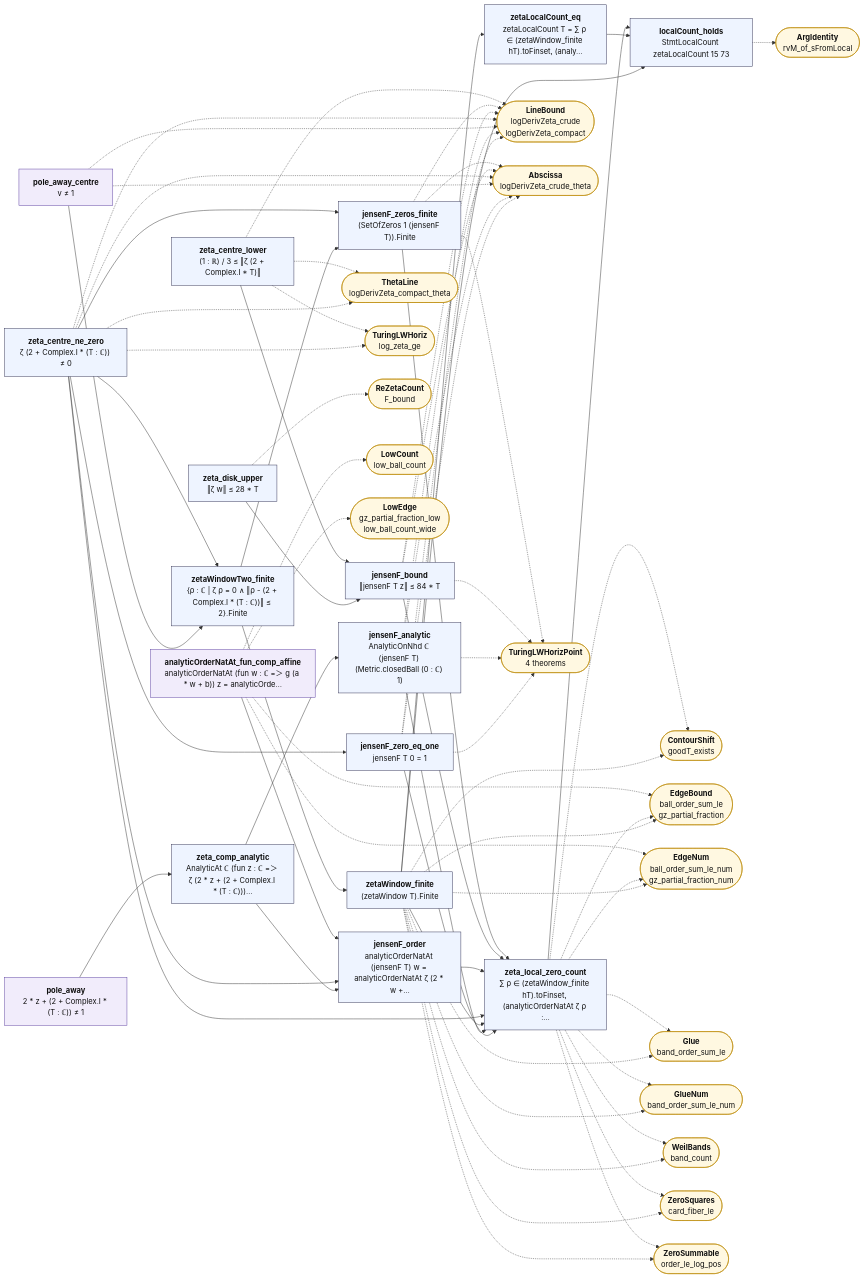
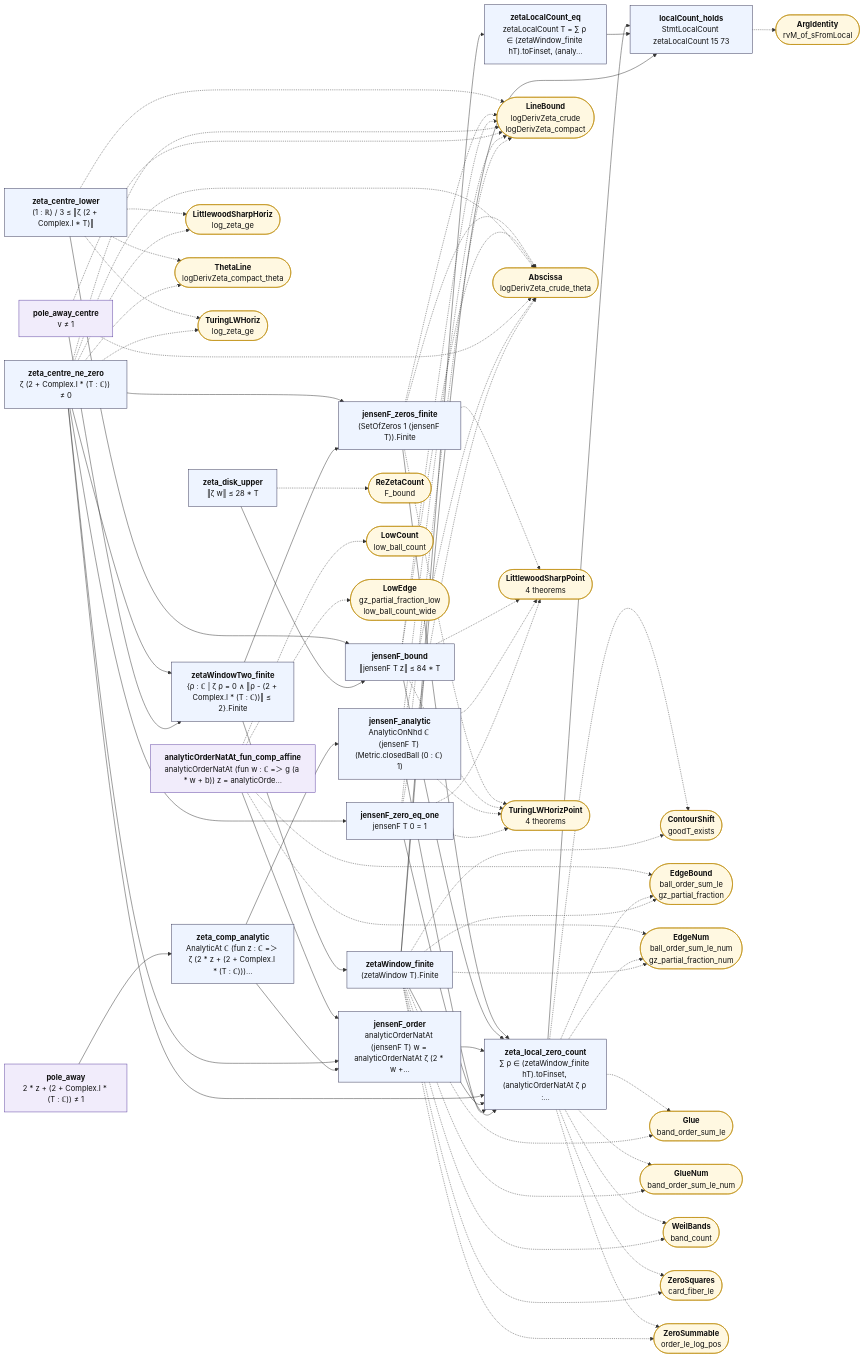
The diagram in map/lean_stage3/JensenCount.mmd (juliansambranojr/Primebeat_081426), drawn with Mermaid before and after one commit. The commit also changed 26 other files, not shown here.

```diff
--- a/map/lean_stage3/JensenCount.mmd
+++ b/map/lean_stage3/JensenCount.mmd
@@ -1,110 +1,118 @@
 flowchart LR
   n0["<b>zeta_centre_lower</b><br/>(1 : ℝ) / 3 ≤ ‖ζ (2 + Complex.I * T)‖"]:::thm
   n1["<b>zeta_disk_upper</b><br/>‖ζ w‖ ≤ 28 * T"]:::thm
   n2["<b>zeta_centre_ne_zero</b><br/>ζ (2 + Complex.I * (T : ℂ)) ≠ 0"]:::thm
   n3["<b>pole_away</b><br/>2 * z + (2 + Complex.I * (T : ℂ)) ≠ 1"]:::shp
   n4["<b>pole_away_centre</b><br/>v ≠ 1"]:::shp
   n5["<b>zetaWindowTwo_finite</b><br/>{ρ : ℂ | ζ ρ = 0 ∧ ‖ρ - (2 + Complex.I * (T : ℂ))‖ ≤ 2}.Finite"]:::thm
   n6["<b>zetaWindow_finite</b><br/>(zetaWindow T).Finite"]:::thm
   n7["<b>zeta_comp_analytic</b><br/>AnalyticAt ℂ (fun z : ℂ =＞ ζ (2 * z + (2 + Complex.I * (T : ℂ)))…"]:::thm
   n8["<b>jensenF_analytic</b><br/>AnalyticOnNhd ℂ (jensenF T) (Metric.closedBall (0 : ℂ) 1)"]:::thm
   n9["<b>jensenF_zero_eq_one</b><br/>jensenF T 0 = 1"]:::thm
   n10["<b>jensenF_zeros_finite</b><br/>(SetOfZeros 1 (jensenF T)).Finite"]:::thm
   n11["<b>jensenF_bound</b><br/>‖jensenF T z‖ ≤ 84 * T"]:::thm
   n12["<b>analyticOrderNatAt_fun_comp_affine</b><br/>analyticOrderNatAt (fun w : ℂ =＞ g (a * w + b)) z = analyticOrde…"]:::shp
   n13["<b>jensenF_order</b><br/>analyticOrderNatAt (jensenF T) w = analyticOrderNatAt ζ (2 * w +…"]:::thm
   n14["<b>zeta_local_zero_count</b><br/>∑ ρ ∈ (zetaWindow_finite hT).toFinset, (analyticOrderNatAt ζ ρ :…"]:::thm
   n15["<b>zetaLocalCount_eq</b><br/>zetaLocalCount T = ∑ ρ ∈ (zetaWindow_finite hT).toFinset, (analy…"]:::thm
   n16["<b>localCount_holds</b><br/>StmtLocalCount zetaLocalCount 15 73"]:::thm
   x0(["<b>LineBound</b><br/>logDerivZeta_crude<br/>logDerivZeta_compact"]):::ext
-  x1(["<b>ThetaLine</b><br/>logDerivZeta_compact_theta"]):::ext
-  x2(["<b>TuringLWHoriz</b><br/>log_zeta_ge"]):::ext
-  x3(["<b>ReZetaCount</b><br/>F_bound"]):::ext
-  x4(["<b>Abscissa</b><br/>logDerivZeta_crude_theta"]):::ext
-  x5(["<b>ContourShift</b><br/>goodT_exists"]):::ext
-  x6(["<b>EdgeBound</b><br/>ball_order_sum_le<br/>gz_partial_fraction"]):::ext
-  x7(["<b>EdgeNum</b><br/>ball_order_sum_le_num<br/>gz_partial_fraction_num"]):::ext
-  x8(["<b>Glue</b><br/>band_order_sum_le"]):::ext
-  x9(["<b>GlueNum</b><br/>band_order_sum_le_num"]):::ext
-  x10(["<b>WeilBands</b><br/>band_count"]):::ext
-  x11(["<b>ZeroSquares</b><br/>card_fiber_le"]):::ext
-  x12(["<b>ZeroSummable</b><br/>order_le_log_pos"]):::ext
-  x13(["<b>TuringLWHorizPoint</b><br/>4 theorems"]):::ext
-  x14(["<b>LowCount</b><br/>low_ball_count"]):::ext
-  x15(["<b>LowEdge</b><br/>gz_partial_fraction_low<br/>low_ball_count_wide"]):::ext
-  x16(["<b>ArgIdentity</b><br/>rvM_of_sFromLocal"]):::ext
+  x1(["<b>LittlewoodSharpHoriz</b><br/>log_zeta_ge"]):::ext
+  x2(["<b>ThetaLine</b><br/>logDerivZeta_compact_theta"]):::ext
+  x3(["<b>TuringLWHoriz</b><br/>log_zeta_ge"]):::ext
+  x4(["<b>ReZetaCount</b><br/>F_bound"]):::ext
+  x5(["<b>Abscissa</b><br/>logDerivZeta_crude_theta"]):::ext
+  x6(["<b>ContourShift</b><br/>goodT_exists"]):::ext
+  x7(["<b>EdgeBound</b><br/>ball_order_sum_le<br/>gz_partial_fraction"]):::ext
+  x8(["<b>EdgeNum</b><br/>ball_order_sum_le_num<br/>gz_partial_fraction_num"]):::ext
+  x9(["<b>Glue</b><br/>band_order_sum_le"]):::ext
+  x10(["<b>GlueNum</b><br/>band_order_sum_le_num"]):::ext
+  x11(["<b>WeilBands</b><br/>band_count"]):::ext
+  x12(["<b>ZeroSquares</b><br/>card_fiber_le"]):::ext
+  x13(["<b>ZeroSummable</b><br/>order_le_log_pos"]):::ext
+  x14(["<b>LittlewoodSharpPoint</b><br/>4 theorems"]):::ext
+  x15(["<b>TuringLWHorizPoint</b><br/>4 theorems"]):::ext
+  x16(["<b>LowCount</b><br/>low_ball_count"]):::ext
+  x17(["<b>LowEdge</b><br/>gz_partial_fraction_low<br/>low_ball_count_wide"]):::ext
+  x18(["<b>ArgIdentity</b><br/>rvM_of_sFromLocal"]):::ext
   n0 --> n11
   n1 --> n11
   n10 --> n14
   n11 --> n14
   n12 --> n13
   n13 --> n14
   n14 --> n16
   n15 --> n16
   n2 --> n10
   n2 --> n13
   n2 --> n14
   n2 --> n5
   n2 --> n9
   n3 --> n7
   n4 --> n5
   n5 --> n10
   n5 --> n6
   n6 --> n14
   n6 --> n15
   n6 --> n16
   n7 --> n13
   n7 --> n8
   n8 --> n14
   n9 --> n14
   n0 -.-> x0
   n0 -.-> x1
   n0 -.-> x2
-  n1 -.-> x3
+  n0 -.-> x3
+  n1 -.-> x4
   n10 -.-> x0
-  n10 -.-> x13
-  n10 -.-> x4
+  n10 -.-> x14
+  n10 -.-> x15
+  n10 -.-> x5
   n11 -.-> x0
-  n11 -.-> x13
-  n11 -.-> x4
-  n12 -.-> x14
-  n12 -.-> x15
-  n12 -.-> x6
+  n11 -.-> x14
+  n11 -.-> x15
+  n11 -.-> x5
+  n12 -.-> x16
+  n12 -.-> x17
   n12 -.-> x7
+  n12 -.-> x8
   n14 -.-> x10
   n14 -.-> x11
   n14 -.-> x12
-  n14 -.-> x5
+  n14 -.-> x13
   n14 -.-> x6
   n14 -.-> x7
   n14 -.-> x8
   n14 -.-> x9
-  n16 -.-> x16
+  n16 -.-> x18
   n2 -.-> x0
   n2 -.-> x1
   n2 -.-> x2
-  n2 -.-> x4
+  n2 -.-> x3
+  n2 -.-> x5
   n4 -.-> x0
-  n4 -.-> x4
+  n4 -.-> x5
   n6 -.-> x10
   n6 -.-> x11
   n6 -.-> x12
-  n6 -.-> x5
+  n6 -.-> x13
   n6 -.-> x6
   n6 -.-> x7
   n6 -.-> x8
   n6 -.-> x9
   n8 -.-> x0
-  n8 -.-> x13
-  n8 -.-> x4
+  n8 -.-> x14
+  n8 -.-> x15
+  n8 -.-> x5
   n9 -.-> x0
-  n9 -.-> x13
-  n9 -.-> x4
+  n9 -.-> x14
+  n9 -.-> x15
+  n9 -.-> x5
   classDef cnt fill:#dff5ec,stroke:#17694a,color:#111
   classDef shp fill:#f1ecfb,stroke:#5b3fa0,color:#111
   classDef rh fill:#ffe5e5,stroke:#c22,color:#111,stroke-width:2px
   classDef thm fill:#eef4ff,stroke:#335,color:#111
   classDef end_ fill:#e7f7e7,stroke:#2a7,color:#111,stroke-width:2px
   classDef lone fill:#fff,stroke:#999,color:#111,stroke-dasharray:4 3
   classDef bad fill:#ffe5e5,stroke:#c22,color:#111,stroke-width:2px
   classDef ext fill:#fff8e1,stroke:#b80,color:#111
```
